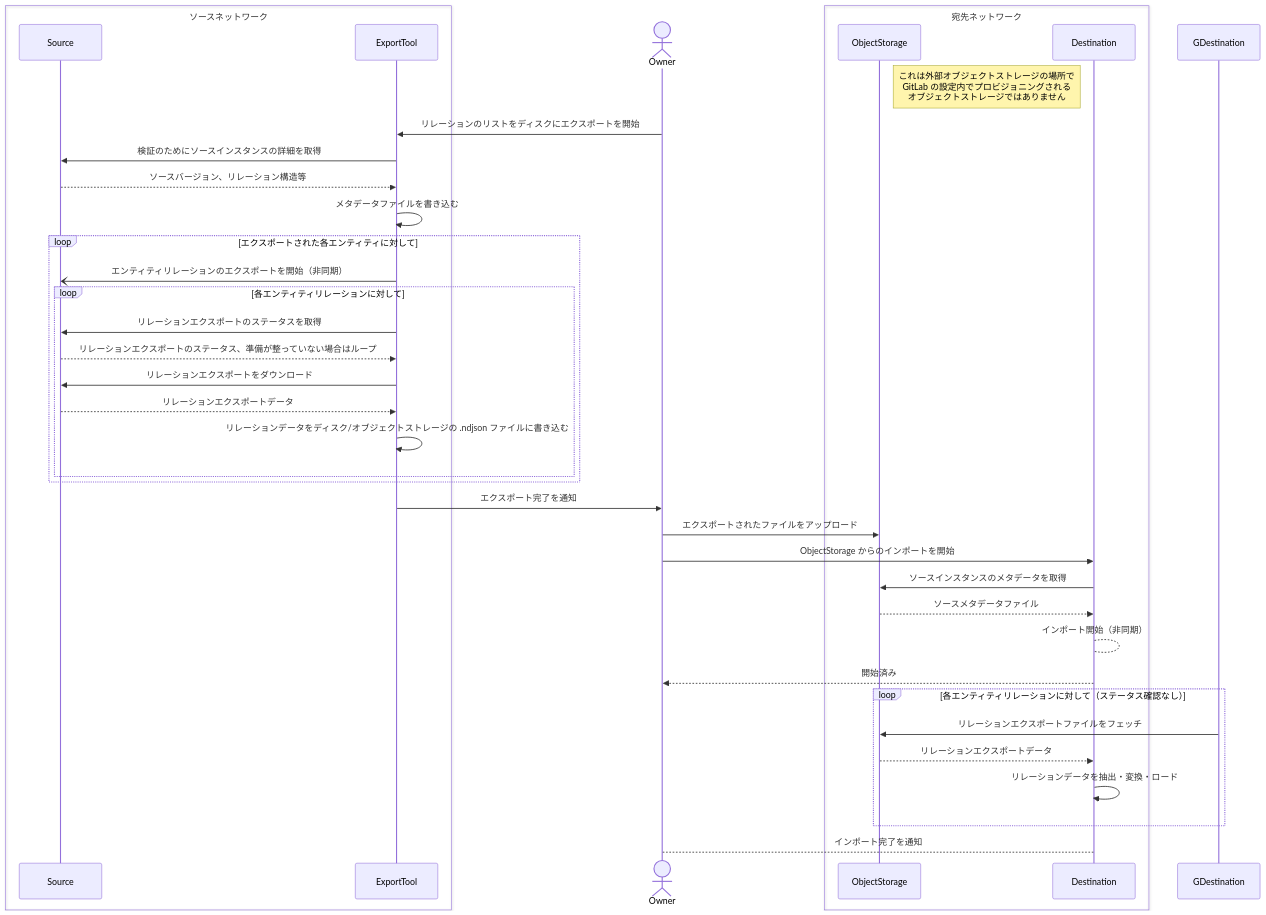
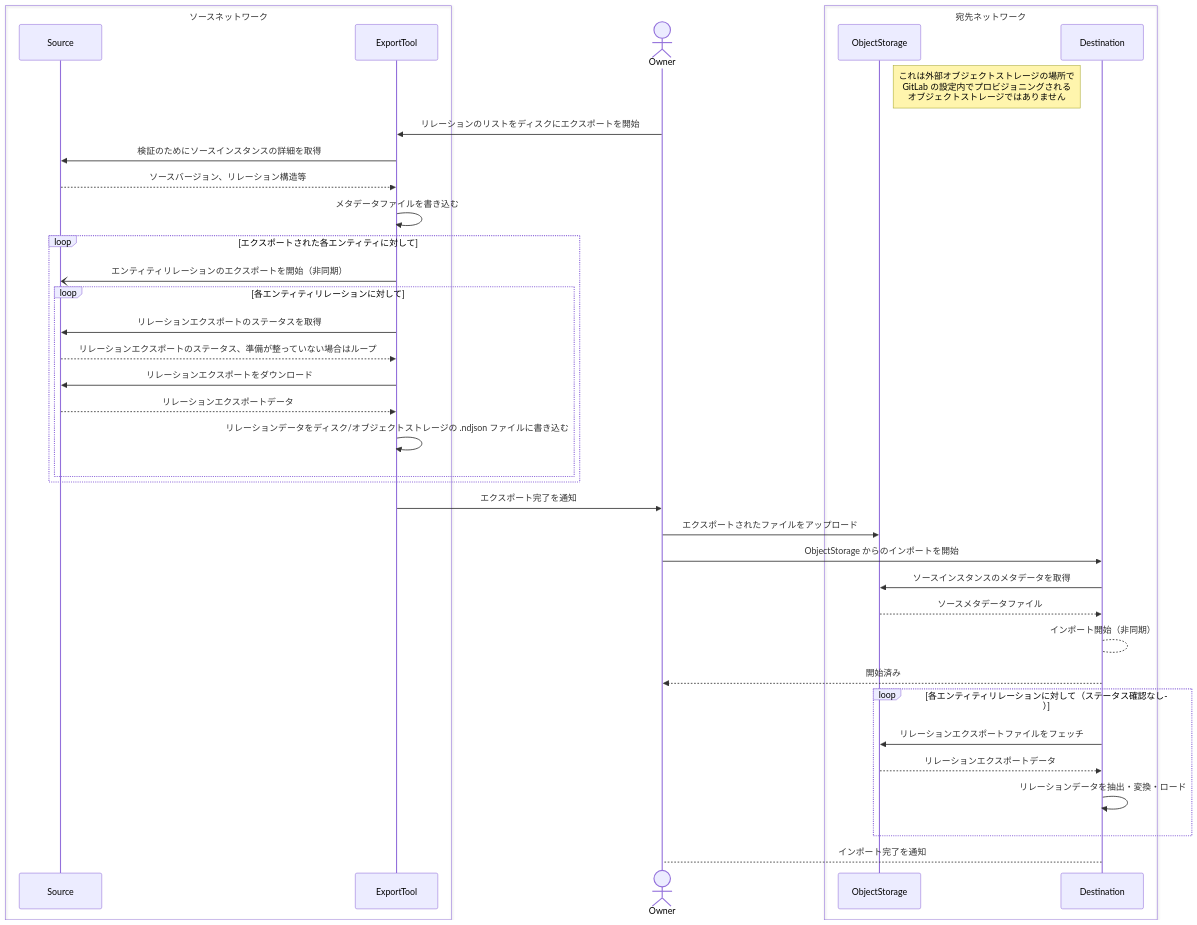
One commit to kyama0/gitlab-handbook-ja changed the third of 4 diagrams in content/ja/handbook/engineering/architecture/design-documents/offline_direct_transfer_migrations/index.md. Above: the diagram before and after it, drawn with Mermaid. The commit also changed 12 other files, not shown here.

````diff
--- a/content/ja/handbook/engineering/architecture/design-documents/offline_direct_transfer_migrations/index.md
+++ b/content/ja/handbook/engineering/architecture/design-documents/offline_direct_transfer_migrations/index.md
@@ -220,42 +220,42 @@
 ```mermaid
 sequenceDiagram
     box ソースネットワーク
       participant Source
       participant ExportTool
     end
     actor Owner
     box 宛先ネットワーク
       participant ObjectStorage
       participant Destination
     end
     Note right of ObjectStorage: これは外部オブジェクトストレージの場所で<br>GitLab の設定内でプロビジョニングされる<br>オブジェクトストレージではありません
     Owner->>ExportTool: リレーションのリストをディスクにエクスポートを開始
     ExportTool->>Source: 検証のためにソースインスタンスの詳細を取得
     Source-->>ExportTool: ソースバージョン、リレーション構造等
     ExportTool->>ExportTool: メタデータファイルを書き込む
     loop エクスポートされた各エンティティに対して
         ExportTool-)Source: エンティティリレーションのエクスポートを開始（非同期）
         loop 各エンティティリレーションに対して
           ExportTool->>Source: リレーションエクスポートのステータスを取得
           Source-->>ExportTool: リレーションエクスポートのステータス、準備が整っていない場合はループ
           ExportTool->>Source: リレーションエクスポートをダウンロード
           Source-->>ExportTool: リレーションエクスポートデータ
           ExportTool->>ExportTool: リレーションデータをディスク/オブジェクトストレージの .ndjson ファイルに書き込む
         end
     end
     ExportTool->>Owner: エクスポート完了を通知
 
     Owner->>ObjectStorage: エクスポートされたファイルをアップロード
 
     Owner->>Destination: ObjectStorage からのインポートを開始
     Destination->>ObjectStorage: ソースインスタンスのメタデータを取得
     ObjectStorage-->>Destination: ソースメタデータファイル
     Destination-->Destination: インポート開始（非同期）
     Destination-->>Owner: 開始済み
     loop 各エンティティリレーションに対して（ステータス確認なし）
-        GDestination->>ObjectStorage: リレーションエクスポートファイルをフェッチ
+        Destination->>ObjectStorage: リレーションエクスポートファイルをフェッチ
         ObjectStorage-->>Destination: リレーションエクスポートデータ
         Destination->>Destination: リレーションデータを抽出・変換・ロード
     end
     Destination-->Owner: インポート完了を通知
 ```
````
